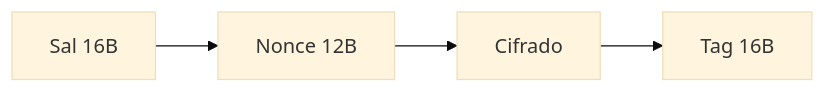
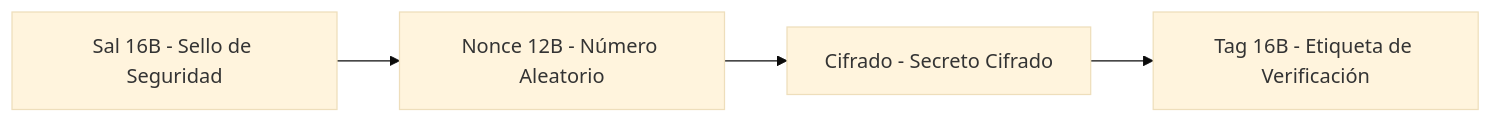
One commit to infantesromeroadrian/Encryption-CAOS-V4-Algorithms changed the second of 7 diagrams in docs/CAOS_V4_Diagrams.md. Above: the diagram before and after it, drawn with Mermaid (base theme). The commit also changed other lines of this file and 123 other files, not shown here.

````diff
--- a/docs/CAOS_V4_Diagrams.md
+++ b/docs/CAOS_V4_Diagrams.md
@@ -32,6 +30,6 @@
 ```mermaid
 flowchart LR
-    A[Sal 16B] --> B[Nonce 12B]
-    B --> C[Cifrado]
-    C --> D[Tag 16B]
+    A[Sal 16B - Sello de Seguridad] --> B[Nonce 12B - Número Aleatorio]
+    B --> C[Cifrado - Secreto Cifrado]
+    C --> D[Tag 16B - Etiqueta de Verificación]
 ```
````
